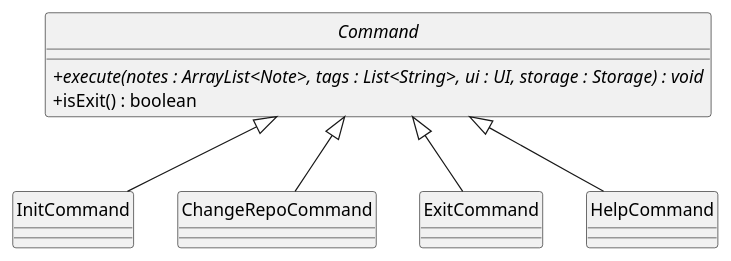
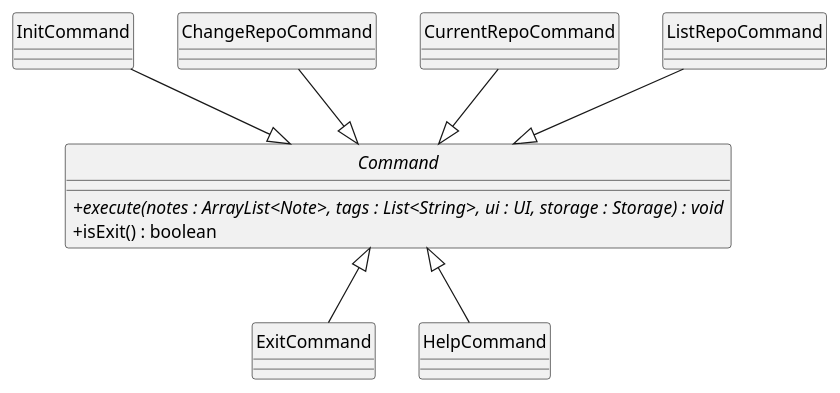
One commit to shauntsr/tp changed the diagram in docs/diagrams/SystemCommands.puml. Above: the diagram before and after it, drawn with PlantUML. The commit also changed 6 other files, not shown here.

```diff
--- a/docs/diagrams/SystemCommands.puml
+++ b/docs/diagrams/SystemCommands.puml
@@ -1,17 +1,22 @@
 @startuml SystemCommands
 skinparam classAttributeIconSize 0
 hide circle
 abstract class Command {
     + {abstract} execute(notes : ArrayList<Note>, tags : List<String>, ui : UI, storage : Storage) : void
     + isExit() : boolean
 }
 class InitCommand
 class ChangeRepoCommand
+class CurrentRepoCommand
+class ListRepoCommand
 class ExitCommand
 class HelpCommand
 
-InitCommand -up-|> Command
+InitCommand -down-|> Command
+ChangeRepoCommand -down-|> Command
+CurrentRepoCommand -down-|> Command
+ListRepoCommand -down-|> Command
+
 ExitCommand -up-|> Command
-ChangeRepoCommand -up-|> Command
 HelpCommand -up-|> Command
 @enduml
```
